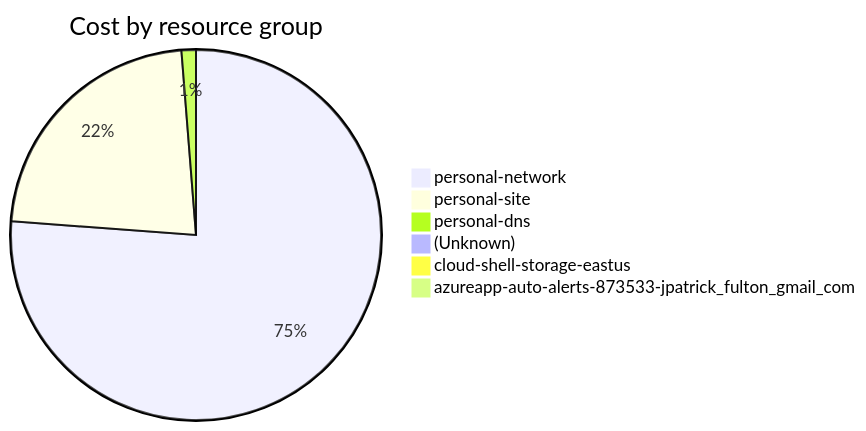
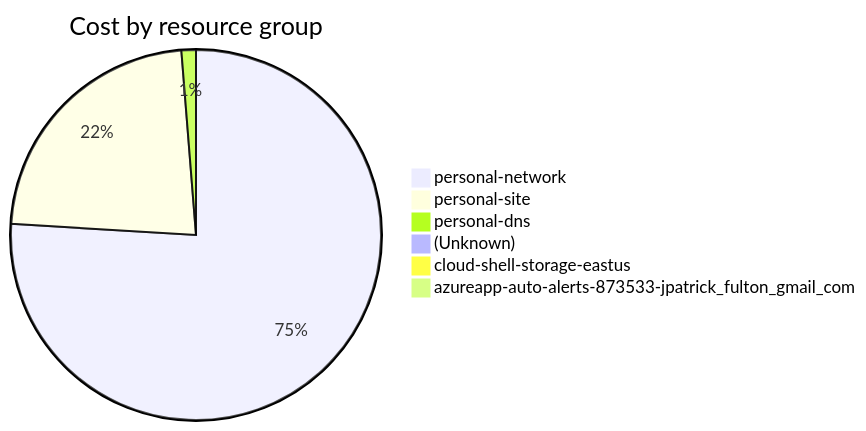
Before and after one commit to jpfulton/azure-personal-reports: the fourth of 4 diagrams in cost-reports/accumulated-cost.md, drawn with Mermaid. The commit also changed other lines of this file and 4 other files, not shown here.

````diff
--- a/cost-reports/accumulated-cost.md
+++ b/cost-reports/accumulated-cost.md
@@ -156,10 +156,10 @@
 ```mermaid
 pie
    title Cost by resource group
-   "personal-network" : 33.95
-   "personal-site" : 10.05
-   "personal-dns" : 0.56
-   "(Unknown)" : 0.41
-   "cloud-shell-storage-eastus" : 0.18
+   "personal-network" : 35.52
+   "personal-site" : 10.65
+   "personal-dns" : 0.59
+   "(Unknown)" : 0.43
+   "cloud-shell-storage-eastus" : 0.19
    "azureapp-auto-alerts-873533-jpatrick_fulton_gmail_com" : 0.00
 ```
````
